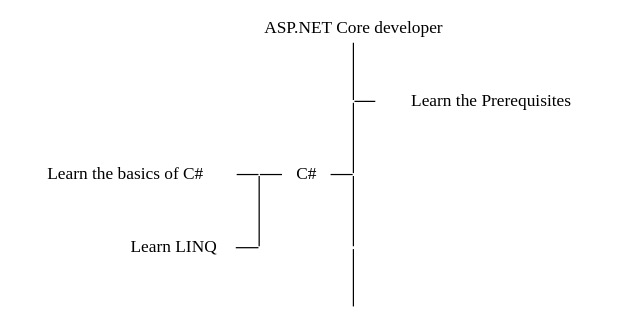
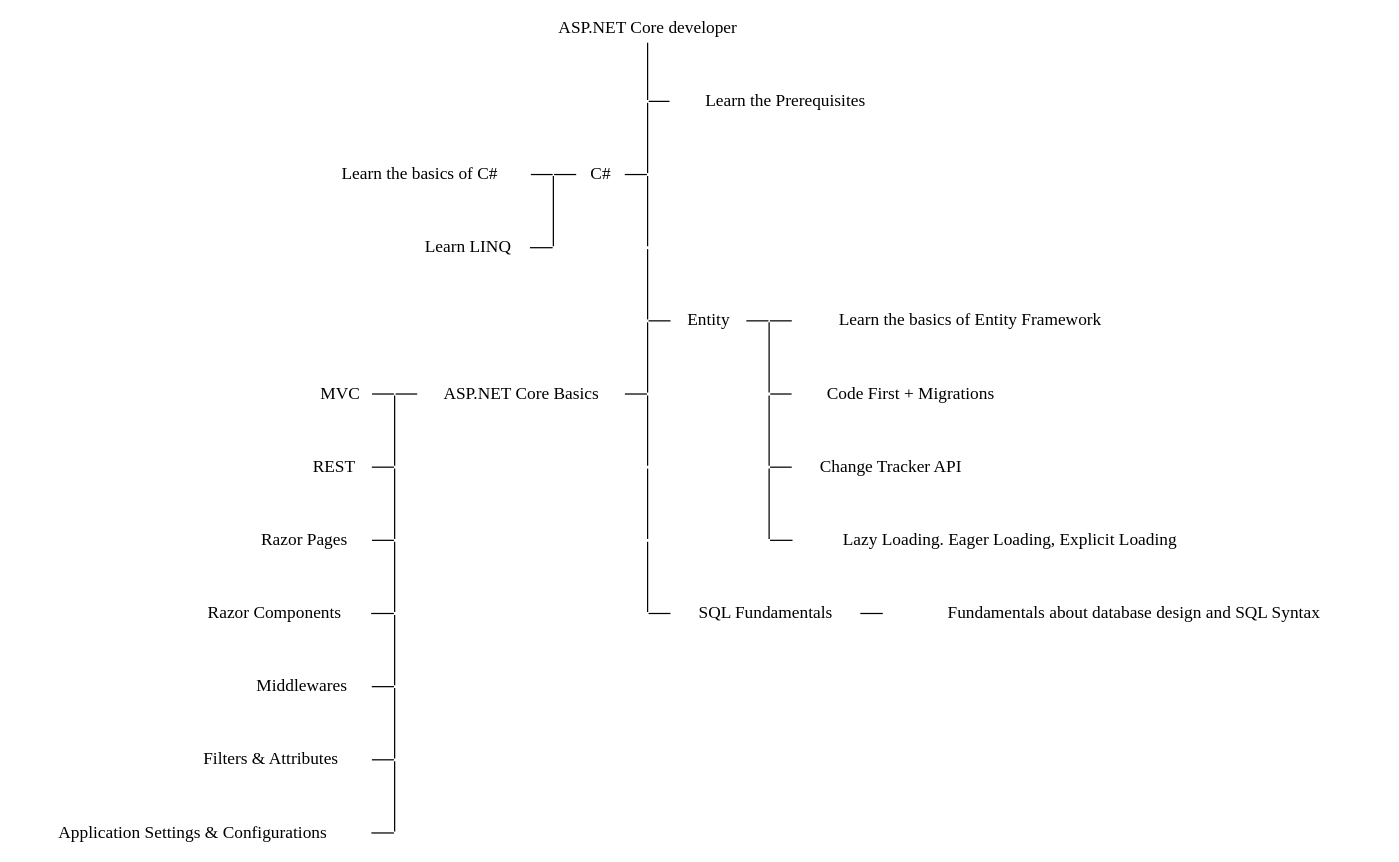
Before and after one commit to RachaneeSaeng/cheatsheets: the diagram in .net-core-developer-roadmap.dot, drawn with Graphviz.

Commit message:
Add EF, ASP and SQL road map

```diff
--- a/.net-core-developer-roadmap.dot
+++ b/.net-core-developer-roadmap.dot
@@ -1,26 +1,75 @@
 digraph learning_roadmap {
     node[shape=none, width=0, height=0, label=""];
     edge[dir=none];
 
-    subgraph main {
-        head_topic [label = "ASP.NET Core developer"]
+    subgraph main_group {
+        main1 [label = "ASP.NET Core developer"]
         prerequisites [label = "Learn the Prerequisites"]
 
-        head_topic -> main1 -> main2 -> main3;
-        main3 -> main4 
+        main1 -> main2 -> main3 -> main4 -> main5
+        main5 -> main6 -> main7 -> main8 -> main9;
         
-        {rank=same; main1 -> prerequisites;}
-        {rank=same; csharp -> main2;}
+        {rank=same; main2 -> prerequisites}
+        {rank=same; cs -> main3}
+        {rank=same;  main5 -> ef}
+        {rank=same;  asp -> main6}
+        {rank=same;  main9 -> sql}
     }
 
-    subgraph csharp {
-        csharp [label = "C#"]
-        basic_c_sharp [label = "Learn the basics of C#"]
+    subgraph cs_group {
+        cs [label = "C#"]
+        cs_basic [label = "Learn the basics of C#"]
         linq [label = "Learn LINQ"]
 
-        csharp1 -> csharp2 
-        {rank=same; csharp1 ->  csharp}
-        {rank=same; basic_c_sharp ->  csharp1}
-        {rank=same; linq -> csharp2}
+        cs1 -> cs2 
+        {rank=same; cs1 ->  cs}
+        {rank=same; cs_basic ->  cs1}
+        {rank=same; linq -> cs2}
+    }
+
+    subgraph ef_group {
+        ef [label = "Entity"]
+
+        ef_basic [label = "Learn the basics of Entity Framework"]
+        ef_code_first [label = "Code First + Migrations"]
+        ef_tracking [label = "Change Tracker API"]
+        ef_loading [label = "Lazy Loading. Eager Loading, Explicit Loading"]
+
+        ef1 -> ef2 -> ef3 -> ef4 
+        {rank=same; ef -> ef1}
+        {rank=same; ef1 ->  ef_basic}
+        {rank=same; ef2 ->  ef_code_first}
+        {rank=same; ef3 -> ef_tracking}
+        {rank=same; ef4 -> ef_loading}
+    }
+
+    subgraph asp_group {
+        asp [label="ASP.NET Core Basics"]
+
+        mvc [label="MVC"]
+        rest [label="REST "]
+        razor_page [label="Razor Pages "]
+        razor_component [label="Razor Components "]
+        middlewares [label="Middlewares "]
+        filter [label="Filters & Attributes "]
+        setting [label="Application Settings & Configurations"]
+
+        asp1 -> asp2 -> asp3 -> asp4 -> asp5 -> asp6 -> asp7
+
+        {rank=same; asp1 -> asp}
+        {rank=same; mvc -> asp1}
+        {rank=same; rest -> asp2}
+        {rank=same; razor_page ->  asp3}
+        {rank=same; razor_component -> asp4}
+        {rank=same; middlewares -> asp5}
+        {rank=same; filter -> asp6}
+        {rank=same; setting -> asp7}
+    }
+
+    subgraph sql_group {
+        sql [label="SQL Fundamentals"]
+        sql_basic [label="Fundamentals about database design and SQL Syntax"]
+
+        {rank=same; sql -> sql_basic}
     }
 }
```
